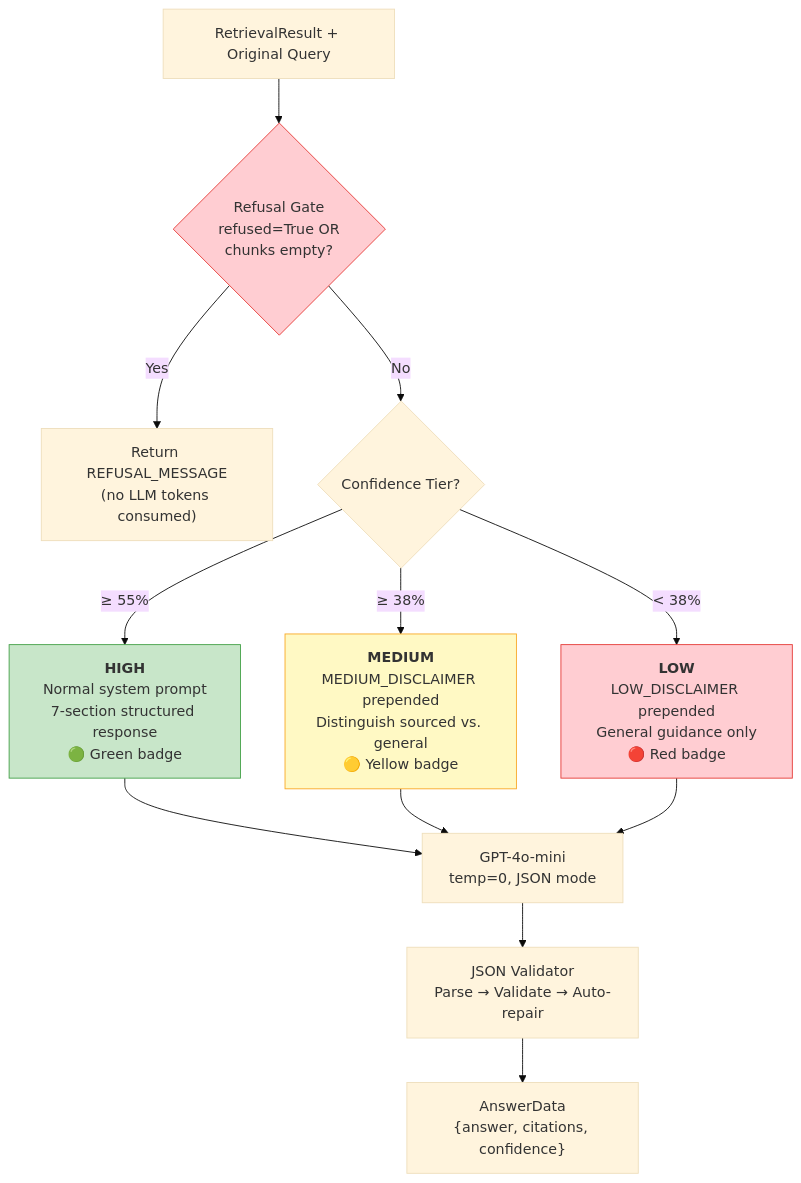
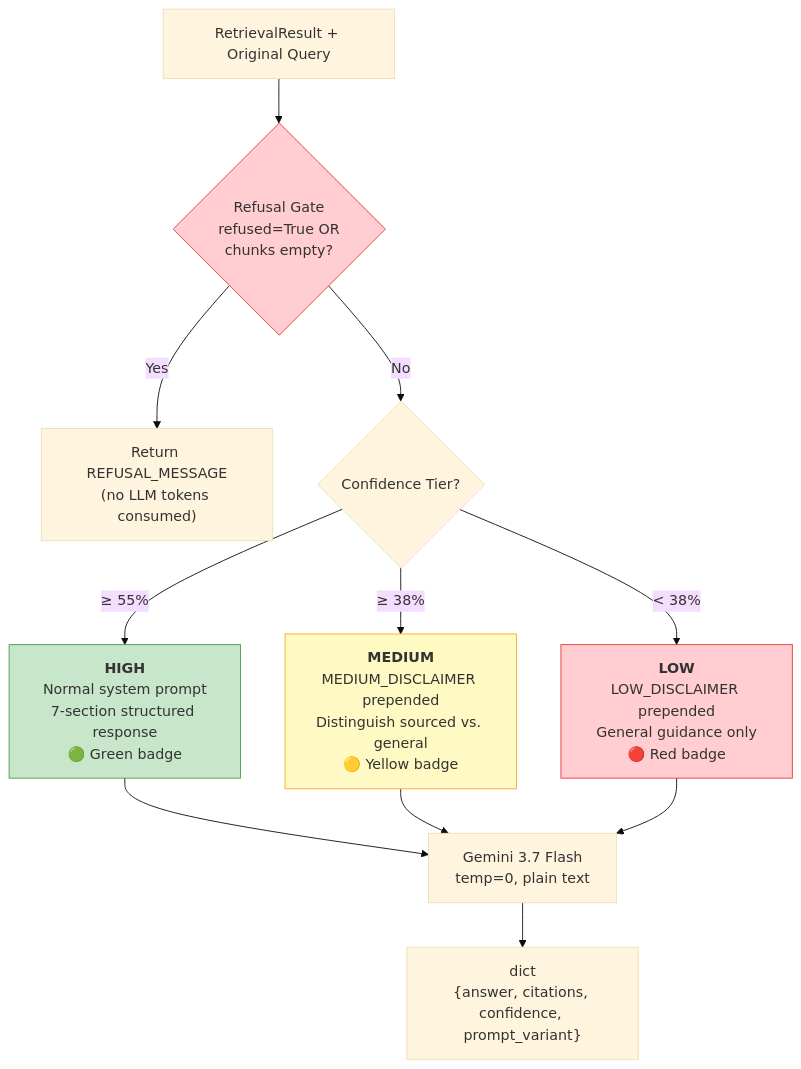
The sixth of 9 diagrams in README.md (uditauniyal/legal-mvp), drawn with Mermaid (base theme) before and after one commit. The commit also changed other lines of this file and 10 other files, not shown here.

````diff
--- a/README.md
+++ b/README.md
@@ -317,21 +574,20 @@
 ```mermaid
 flowchart TD
     IN["RetrievalResult + Original Query"]
 
     IN --> GATE{"Refusal Gate<br/>refused=True OR<br/>chunks empty?"}
     GATE -->|"Yes"| REFUSE["Return REFUSAL_MESSAGE<br/>(no LLM tokens consumed)"]
     GATE -->|"No"| TIER{"Confidence Tier?"}
 
     TIER -->|"≥ 55%"| HIGH["<b>HIGH</b><br/>Normal system prompt<br/>7-section structured response<br/>🟢 Green badge"]
     TIER -->|"≥ 38%"| MEDIUM["<b>MEDIUM</b><br/>MEDIUM_DISCLAIMER prepended<br/>Distinguish sourced vs. general<br/>🟡 Yellow badge"]
     TIER -->|"< 38%"| LOW["<b>LOW</b><br/>LOW_DISCLAIMER prepended<br/>General guidance only<br/>🔴 Red badge"]
 
-    HIGH & MEDIUM & LOW --> LLM["GPT-4o-mini<br/>temp=0, JSON mode"]
-    LLM --> VALIDATE["JSON Validator<br/>Parse → Validate → Auto-repair"]
-    VALIDATE --> OUT["AnswerData<br/>{answer, citations, confidence}"]
+    HIGH & MEDIUM & LOW --> LLM["Gemini 3.7 Flash<br/>temp=0, plain text"]
+    LLM --> OUT["dict<br/>{answer, citations, confidence, prompt_variant}"]
 
     style GATE fill:#ffcdd2,stroke:#E53935
     style HIGH fill:#c8e6c9,stroke:#43A047
     style MEDIUM fill:#fff9c4,stroke:#F9A825
     style LOW fill:#ffcdd2,stroke:#E53935
 ```
````
